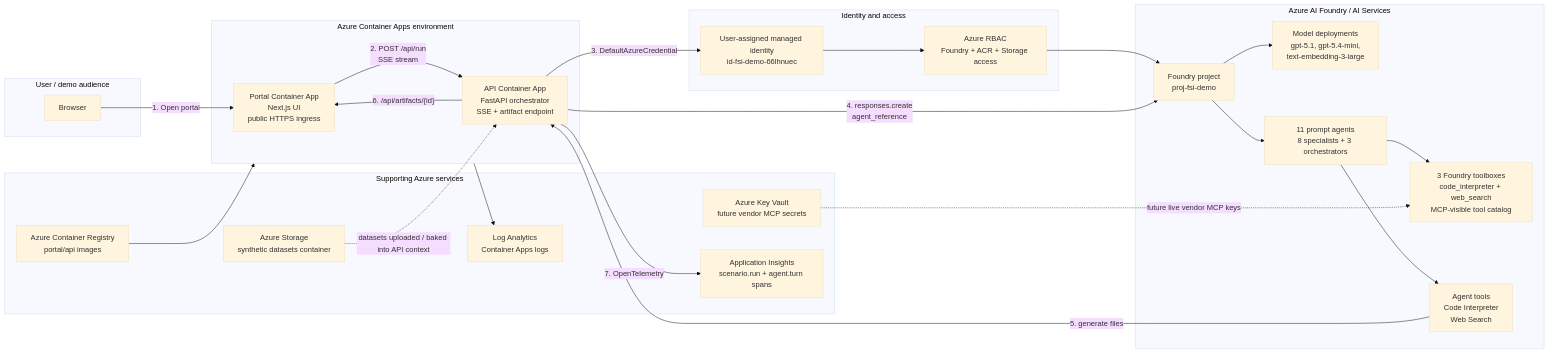
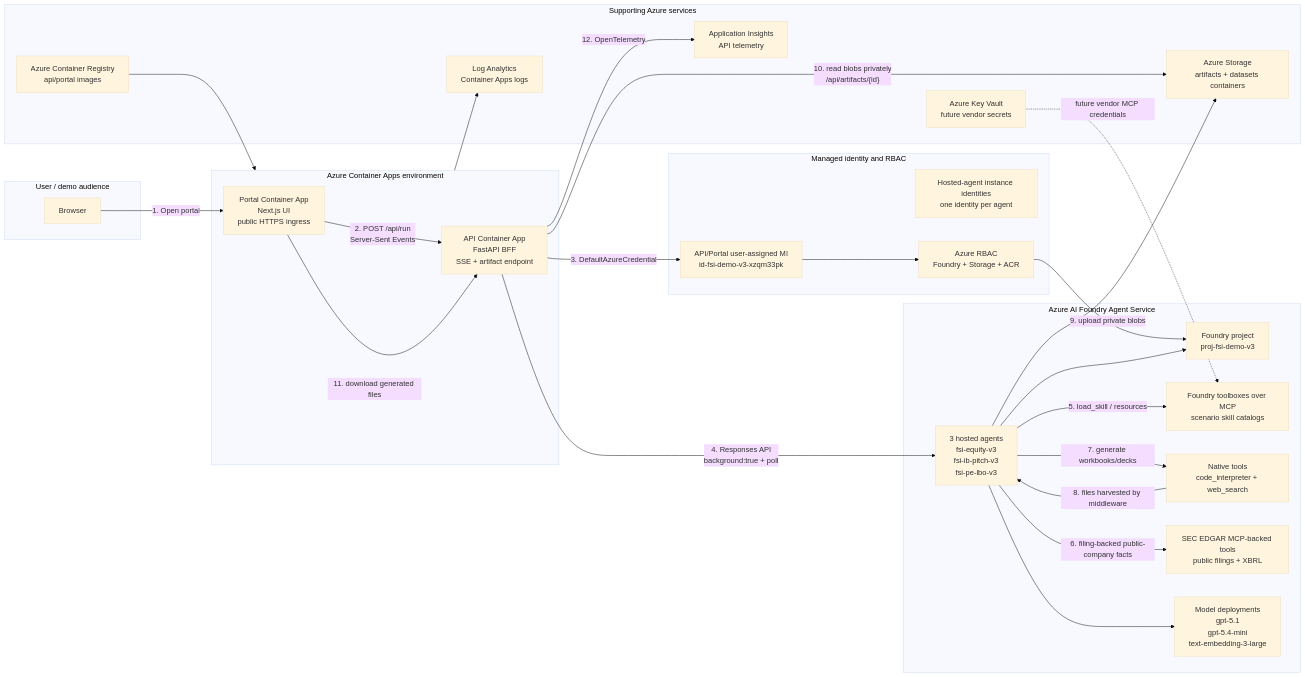
The diagram in README.md (samsonlee0907/anthropic-fsi-skill-demo-with-ghcp), drawn with Mermaid (base theme) before and after one commit. The commit also changed other lines of this file and 33 other files, not shown here.

First line of the commit message:
v3: Foundry hosted-agent FSI demo + SEC EDGAR remote MCP + GHCP reusability

````diff
--- a/README.md
+++ b/README.md
@@ -40,50 +52,54 @@
 ```mermaid
 flowchart LR
     subgraph User["User / demo audience"]
         Browser["Browser"]
     end
 
     subgraph ACA["Azure Container Apps environment"]
         Portal["Portal Container App<br/>Next.js UI<br/>public HTTPS ingress"]
-        API["API Container App<br/>FastAPI orchestrator<br/>SSE + artifact endpoint"]
+        API["API Container App<br/>FastAPI BFF<br/>SSE + artifact endpoint"]
     end
 
-    subgraph Identity["Identity and access"]
-        UAMI["User-assigned managed identity<br/>id-fsi-demo-66lhnuec"]
-        RBAC["Azure RBAC<br/>Foundry + ACR + Storage access"]
+    subgraph Identity["Managed identity and RBAC"]
+        AppMI["API/Portal user-assigned MI<br/>id-fsi-demo-v3-xzqm33pk"]
+        AgentMI["Hosted-agent instance identities<br/>one identity per agent"]
+        RBAC["Azure RBAC<br/>Foundry + Storage + ACR"]
     end
 
-    subgraph Foundry["Azure AI Foundry / AI Services"]
-        Project["Foundry project<br/>proj-fsi-demo"]
-        Models["Model deployments<br/>gpt-5.1, gpt-5.4-mini,<br/>text-embedding-3-large"]
-        Agents["11 prompt agents<br/>8 specialists + 3 orchestrators"]
-        Toolboxes["3 Foundry toolboxes<br/>code_interpreter + web_search<br/>MCP-visible tool catalog"]
-        Tools["Agent tools<br/>Code Interpreter<br/>Web Search"]
+    subgraph Foundry["Azure AI Foundry Agent Service"]
+        Project["Foundry project<br/>proj-fsi-demo-v3"]
+        HostedAgents["3 hosted agents<br/>fsi-equity-v3<br/>fsi-ib-pitch-v3<br/>fsi-pe-lbo-v3"]
+        Toolbox["Foundry toolboxes over MCP<br/>scenario skill catalogs"]
+        NativeTools["Native tools<br/>code_interpreter + web_search"]
+        SECTools["SEC EDGAR MCP-backed tools<br/>public filings + XBRL"]
+        Models["Model deployments<br/>gpt-5.1<br/>gpt-5.4-mini<br/>text-embedding-3-large"]
     end
 
     subgraph Support["Supporting Azure services"]
-        ACR["Azure Container Registry<br/>portal/api images"]
-        Storage["Azure Storage<br/>synthetic datasets container"]
-        KV["Azure Key Vault<br/>future vendor MCP secrets"]
-        AppInsights["Application Insights<br/>scenario.run + agent.turn spans"]
+        Storage["Azure Storage<br/>artifacts + datasets containers"]
+        ACR["Azure Container Registry<br/>api/portal images"]
+        AppInsights["Application Insights<br/>API telemetry"]
         Logs["Log Analytics<br/>Container Apps logs"]
+        KV["Azure Key Vault<br/>future vendor secrets"]
     end
 
     Browser -->|"1. Open portal"| Portal
-    Portal -->|"2. POST /api/run<br/>SSE stream"| API
-    API -->|"3. DefaultAzureCredential"| UAMI
-    UAMI --> RBAC
+    Portal -->|"2. POST /api/run<br/>Server-Sent Events"| API
+    API -->|"3. DefaultAzureCredential"| AppMI
+    AppMI --> RBAC
     RBAC --> Project
-    API -->|"4. responses.create<br/>agent_reference"| Project
-    Project --> Models
-    Project --> Agents
-    Agents --> Toolboxes
-    Agents --> Tools
-    Tools -->|"5. generate files"| API
-    API -->|"6. /api/artifacts/{id}"| Portal
-    API -->|"7. OpenTelemetry"| AppInsights
+    API -->|"4. Responses API<br/>background:true + poll"| HostedAgents
+    HostedAgents --> Project
+    HostedAgents --> Models
+    HostedAgents -->|"5. load_skill / resources"| Toolbox
+    HostedAgents -->|"6. filing-backed public-company facts"| SECTools
+    HostedAgents -->|"7. generate workbooks/decks"| NativeTools
+    NativeTools -->|"8. files harvested by middleware"| HostedAgents
+    HostedAgents -->|"9. upload private blobs"| Storage
+    API -->|"10. read blobs privately<br/>/api/artifacts/{id}"| Storage
+    Portal -->|"11. download generated files"| API
+    API -->|"12. OpenTelemetry"| AppInsights
+    ACR --> ACA
     ACA --> Logs
-    ACR --> ACA
-    Storage -. "datasets uploaded / baked into API context" .-> API
-    KV -. "future live vendor MCP keys" .-> Toolboxes
+    KV -. "future vendor MCP credentials" .-> Toolbox
 ```
````
